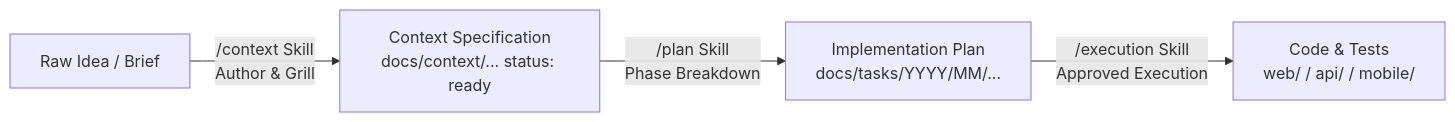
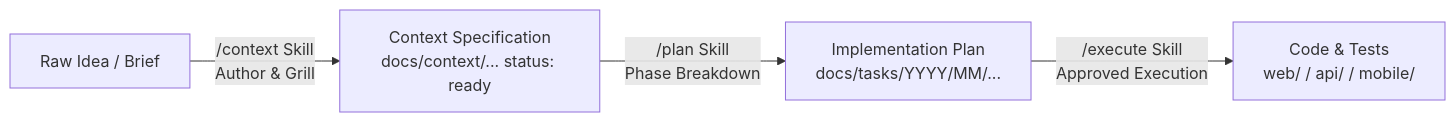
The diagram in docs/context/README.md (markromolecule/context-factory), drawn with Mermaid before and after one commit. The commit also changed other lines of this file and 42 other files, not shown here.

````diff
--- a/docs/context/README.md
+++ b/docs/context/README.md
@@ -17,6 +17,6 @@
 ```mermaid
 graph LR
     A[Raw Idea / Brief] -->|/context Skill<br/>Author & Grill| B[Context Specification<br/>docs/context/... status: ready]
     B -->|/plan Skill<br/>Phase Breakdown| C[Implementation Plan<br/>docs/tasks/YYYY/MM/...]
-    C -->|/execution Skill<br/>Approved Execution| D[Code & Tests<br/>web/ / api/ / mobile/]
+    C -->|/execute Skill<br/>Approved Execution| D[Code & Tests<br/>web/ / api/ / mobile/]
 ```
````
